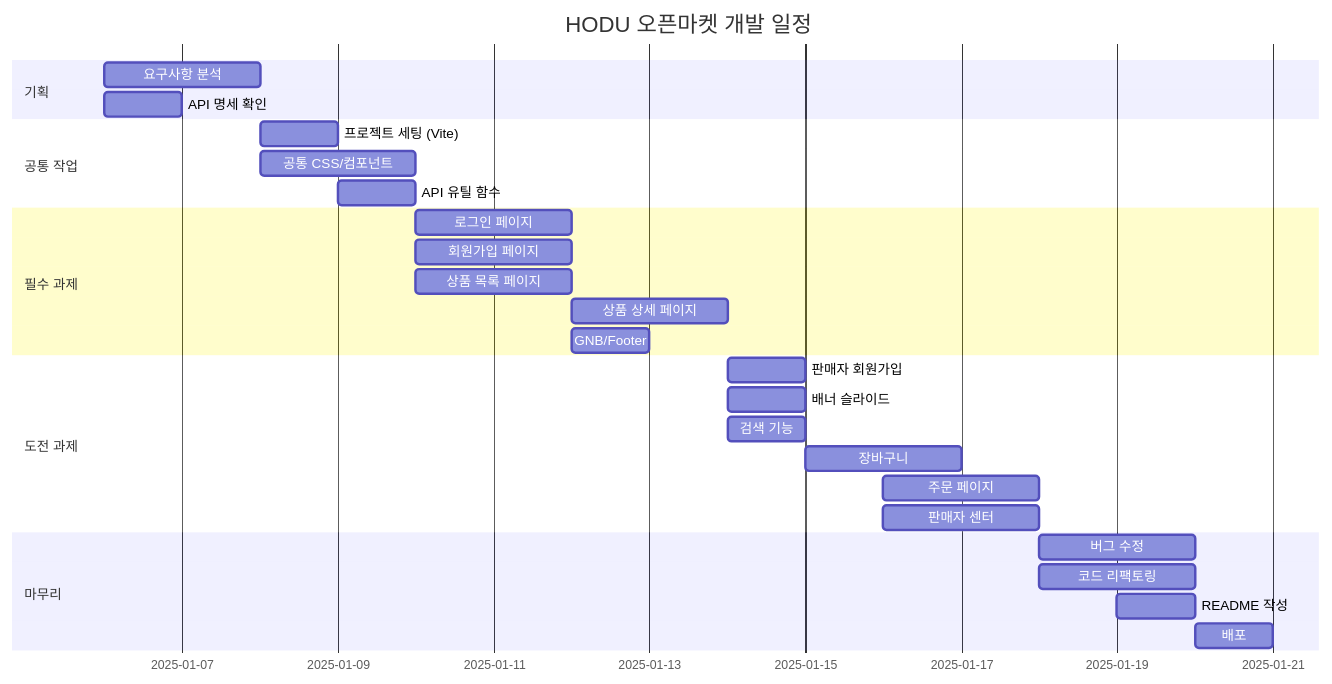
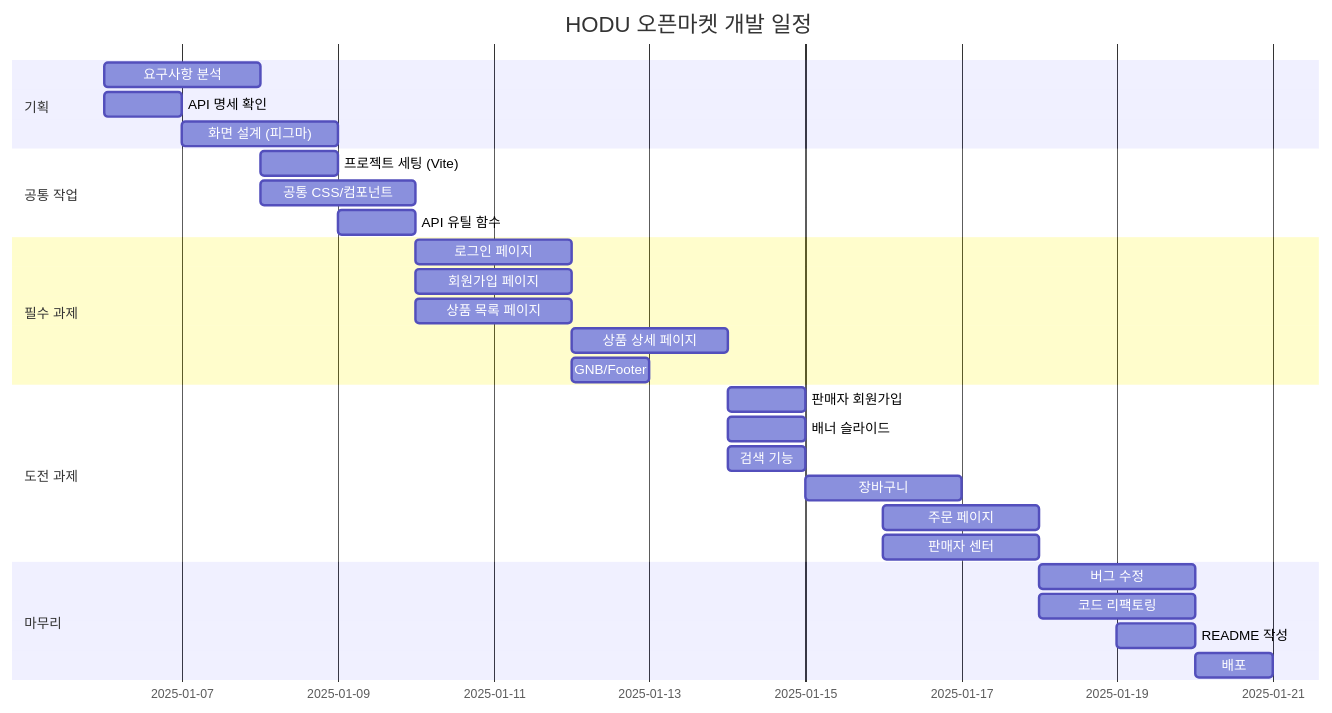
Before and after one commit to Open-Learn-Team/open-market: the fifth of 10 diagrams in README.md, drawn with Mermaid. The commit also changed other lines of this file, not shown here.

````diff
--- a/README.md
+++ b/README.md
@@ -302,35 +302,36 @@
 ```mermaid
 gantt
     title HODU 오픈마켓 개발 일정
     dateFormat YYYY-MM-DD
     
     section 기획
         요구사항 분석         :2025-01-06, 2d
         API 명세 확인         :2025-01-06, 1d
+        화면 설계 (피그마)    :2025-01-07, 2d
     
     section 공통 작업
         프로젝트 세팅 (Vite)  :2025-01-08, 1d
         공통 CSS/컴포넌트     :2025-01-08, 2d
         API 유틸 함수         :2025-01-09, 1d
     
     section 필수 과제
         로그인 페이지         :2025-01-10, 2d
         회원가입 페이지       :2025-01-10, 2d
         상품 목록 페이지      :2025-01-10, 2d
         상품 상세 페이지      :2025-01-12, 2d
         GNB/Footer            :2025-01-12, 1d
     
     section 도전 과제
         판매자 회원가입       :2025-01-14, 1d
         배너 슬라이드         :2025-01-14, 1d
         검색 기능             :2025-01-14, 1d
         장바구니              :2025-01-15, 2d
         주문 페이지           :2025-01-16, 2d
         판매자 센터           :2025-01-16, 2d
     
     section 마무리
         버그 수정             :2025-01-18, 2d
         코드 리팩토링         :2025-01-18, 2d
         README 작성           :2025-01-19, 1d
         배포                  :2025-01-20, 1d
 ```
````
